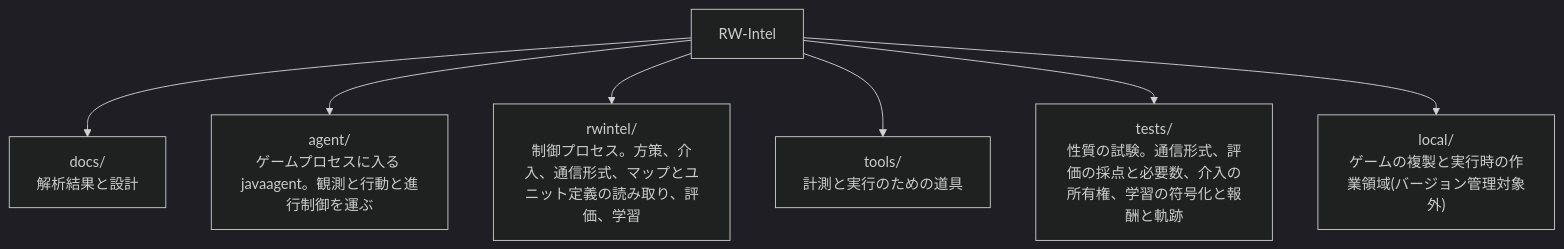
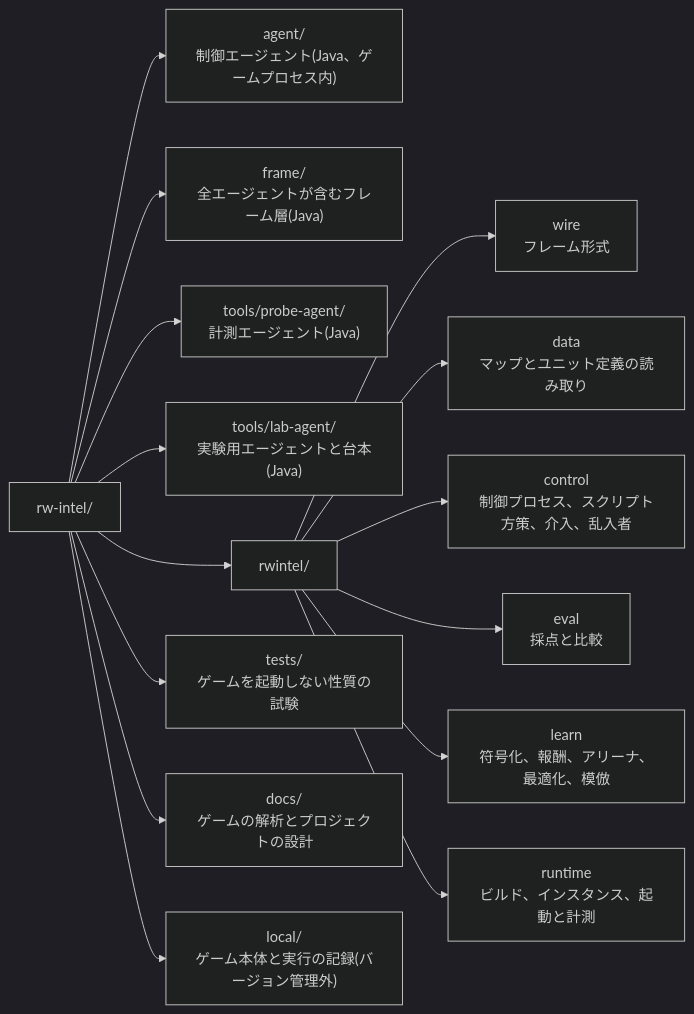
One commit to h4ribote/RW-Intel changed the second of 2 diagrams in README.md. Above: the diagram before and after it, drawn with Mermaid (dark theme). The commit also changed other lines of this file and 174 other files, not shown here.

````diff
--- a/README.md
+++ b/README.md
@@ -61,10 +33,18 @@
 ```mermaid
-flowchart TD
-    root["RW-Intel"]
-    root --> docs["docs/<br/>解析結果と設計"]
-    root --> agent["agent/<br/>ゲームプロセスに入る javaagent。観測と行動と進行制御を運ぶ"]
-    root --> rwintel["rwintel/<br/>制御プロセス。方策、介入、通信形式、マップとユニット定義の読み取り、評価、学習"]
-    root --> tools["tools/<br/>計測と実行のための道具"]
-    root --> tests["tests/<br/>性質の試験。通信形式、評価の採点と必要数、介入の所有権、学習の符号化と報酬と軌跡"]
-    root --> local["local/<br/>ゲームの複製と実行時の作業領域(バージョン管理対象外)"]
+flowchart LR
+    root["rw-intel/"]
+    root --> agent["agent/<br/>制御エージェント(Java、ゲームプロセス内)"]
+    root --> frameDir["frame/<br/>全エージェントが含むフレーム層(Java)"]
+    root --> tools["tools/probe-agent/<br/>計測エージェント(Java)"]
+    root --> lab["tools/lab-agent/<br/>実験用エージェントと台本(Java)"]
+    root --> rwintel["rwintel/"]
+    root --> tests["tests/<br/>ゲームを起動しない性質の試験"]
+    root --> docs["docs/<br/>ゲームの解析とプロジェクトの設計"]
+    root --> local["local/<br/>ゲーム本体と実行の記録(バージョン管理外)"]
+    rwintel --> wire["wire<br/>フレーム形式"]
+    rwintel --> data["data<br/>マップとユニット定義の読み取り"]
+    rwintel --> ctl["control<br/>制御プロセス、スクリプト方策、介入、乱入者"]
+    rwintel --> ev["eval<br/>採点と比較"]
+    rwintel --> lr["learn<br/>符号化、報酬、アリーナ、最適化、模倣"]
+    rwintel --> rt["runtime<br/>ビルド、インスタンス、起動と計測"]
 ```
````
